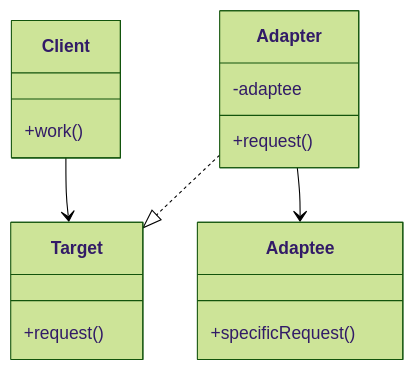
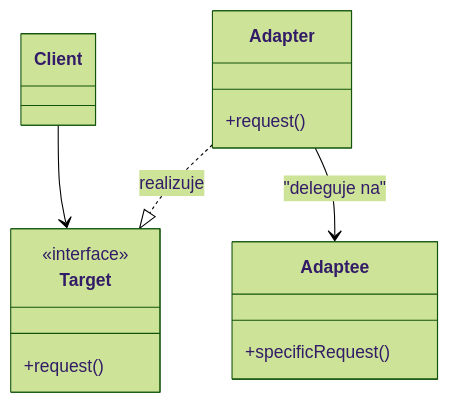
The first of 4 diagrams in IPP/otazky.md (Veselyy/VUT-school), drawn with Mermaid (forest theme) before and after one commit. The commit also changed other lines of this file and 12 other files, not shown here.

````diff
--- a/IPP/otazky.md
+++ b/IPP/otazky.md
@@ -26,19 +43,14 @@
 ```mermaid
 classDiagram
-    class Client {
-        +work()
-    }
-    class Target {
-        +request()
-    }
-    class Adapter {
-        -adaptee
-        +request()
-    }
-    class Adaptee {
-        +specificRequest()
-    }
+    class Client
+    class Target
+    class Adapter
+    class Adaptee
+    <<interface>> Target
+    Target : +request()
+    Adapter : +request()
+    Adaptee : +specificRequest()
     Client --> Target
-    Adapter ..|> Target
-    Adapter --> Adaptee
+    Adapter ..|> Target : realizuje
+    Adapter --> Adaptee : "deleguje na"
 ```
````
